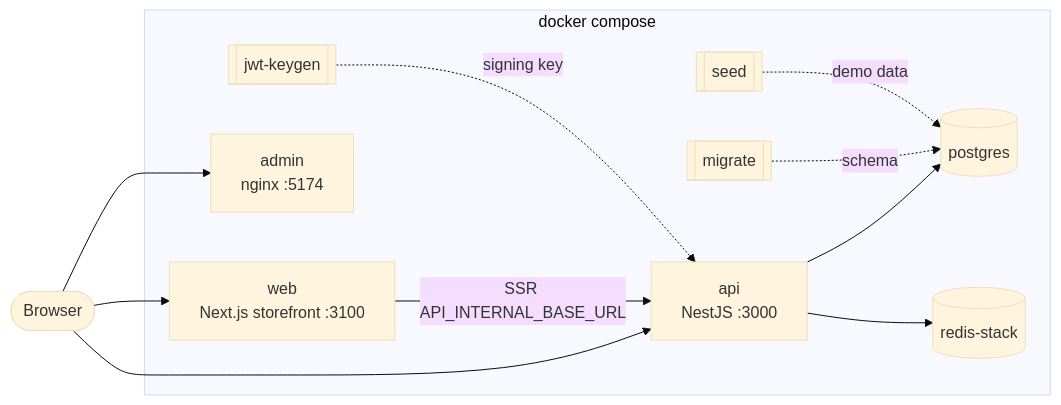
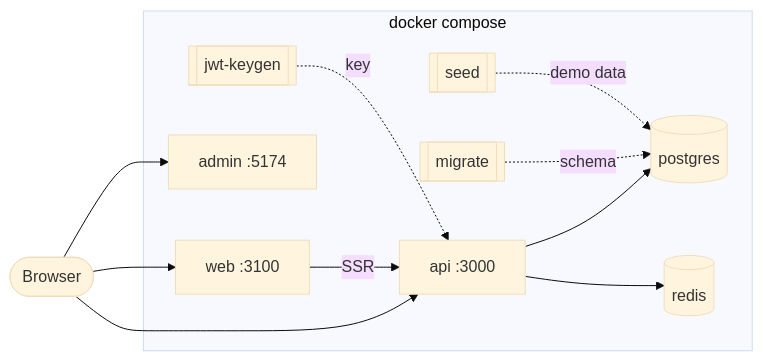
The diagram in README.md (raouf-b-dev/ecommerce-platform), drawn with Mermaid (base theme) before and after one commit. The commit also changed other lines of this file and 42 other files, not shown here.

````diff
--- a/README.md
+++ b/README.md
@@ -78,25 +80,25 @@
 ```mermaid
 flowchart LR
   browser([Browser])
 
   subgraph compose [docker compose]
-    web[web<br/>Next.js storefront :3100]
-    admin[admin<br/>nginx :5174]
-    api[api<br/>NestJS :3000]
+    web[web :3100]
+    admin[admin :5174]
+    api[api :3000]
     pg[(postgres)]
-    redis[(redis-stack)]
+    redis[(redis)]
     keygen[[jwt-keygen]]
     migrate[[migrate]]
     seed[[seed]]
   end
 
   browser --> web
   browser --> admin
   browser --> api
-  web -- SSR API_INTERNAL_BASE_URL --> api
+  web -- SSR --> api
   api --> pg
   api --> redis
-  keygen -. signing key .-> api
+  keygen -. key .-> api
   migrate -. schema .-> pg
   seed -. demo data .-> pg
 ```
````
